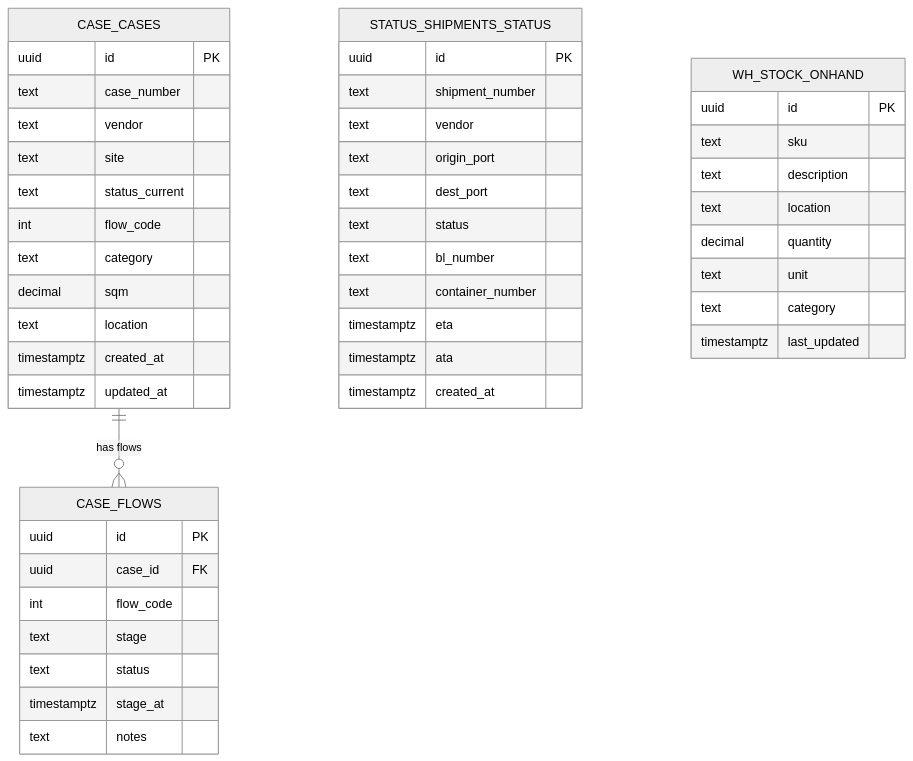
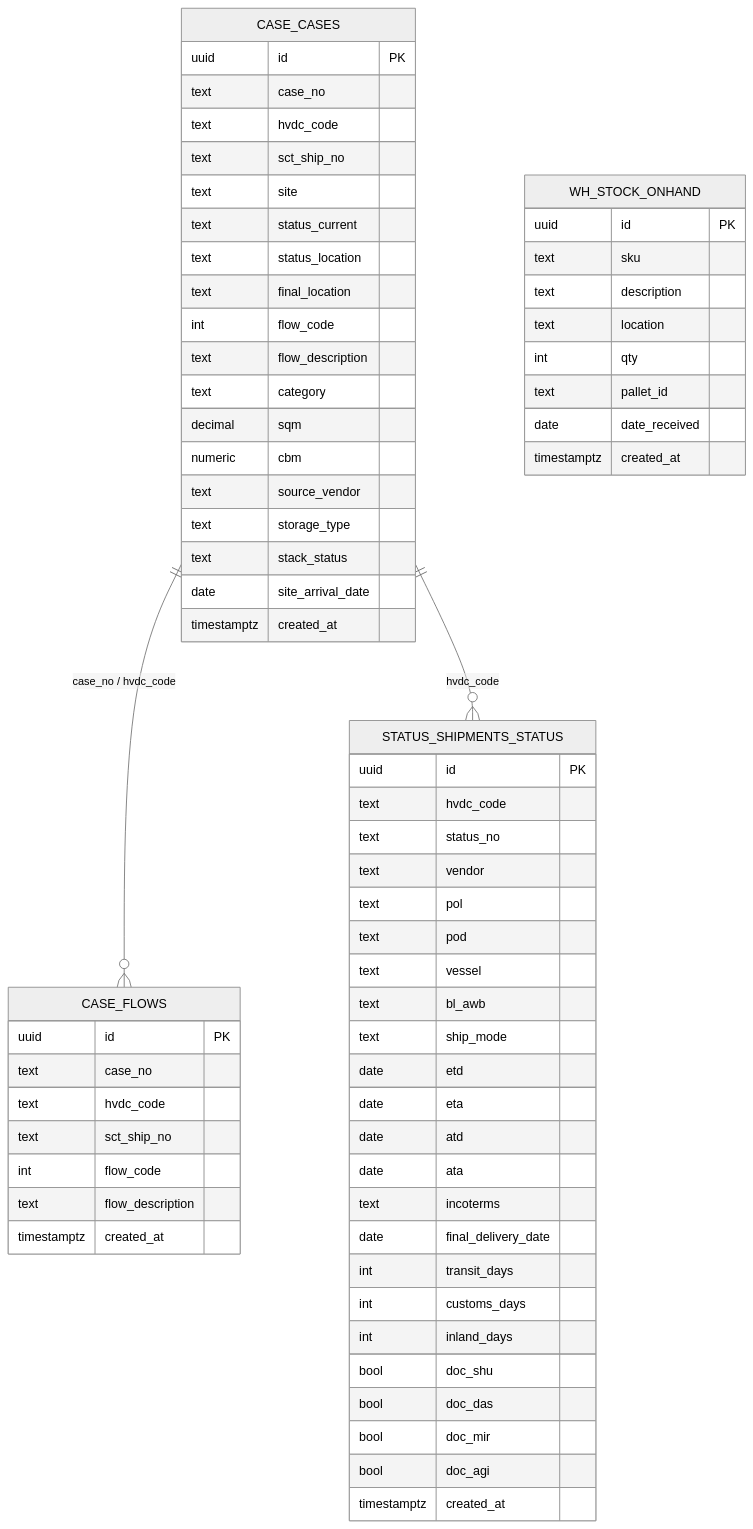
Before and after one commit to macho715/logi_hvdc_dash: diagram 14 of 19 in apps/logistics-dashboard/docs/SYSTEM-ARCHITECTURE.md, drawn with Mermaid (neutral theme). The commit also changed other lines of this file and 80 other files, not shown here.

````diff
--- a/apps/logistics-dashboard/docs/SYSTEM-ARCHITECTURE.md
+++ b/apps/logistics-dashboard/docs/SYSTEM-ARCHITECTURE.md
@@ -481,53 +577,73 @@
 ```mermaid
 erDiagram
     CASE_CASES {
         uuid id PK
-        text case_number
-        text vendor
+        text case_no
+        text hvdc_code
+        text sct_ship_no
         text site
         text status_current
+        text status_location
+        text final_location
         int flow_code
+        text flow_description
         text category
         decimal sqm
-        text location
+        numeric cbm
+        text source_vendor
+        text storage_type
+        text stack_status
+        date site_arrival_date
         timestamptz created_at
-        timestamptz updated_at
     }
 
     CASE_FLOWS {
         uuid id PK
-        uuid case_id FK
+        text case_no
+        text hvdc_code
+        text sct_ship_no
         int flow_code
-        text stage
-        text status
-        timestamptz stage_at
-        text notes
+        text flow_description
+        timestamptz created_at
     }
 
     STATUS_SHIPMENTS_STATUS {
         uuid id PK
-        text shipment_number
+        text hvdc_code
+        text status_no
         text vendor
-        text origin_port
-        text dest_port
-        text status
-        text bl_number
-        text container_number
-        timestamptz eta
-        timestamptz ata
+        text pol
+        text pod
+        text vessel
+        text bl_awb
+        text ship_mode
+        date etd
+        date eta
+        date atd
+        date ata
+        text incoterms
+        date final_delivery_date
+        int transit_days
+        int customs_days
+        int inland_days
+        bool doc_shu
+        bool doc_das
+        bool doc_mir
+        bool doc_agi
         timestamptz created_at
     }
 
     WH_STOCK_ONHAND {
         uuid id PK
         text sku
         text description
         text location
-        decimal quantity
-        text unit
-        text category
-        timestamptz last_updated
+        int qty
+        text pallet_id
+        date date_received
+        timestamptz created_at
     }
 
-    CASE_CASES ||--o{ CASE_FLOWS : "has flows"
+    CASE_CASES ||--o{ CASE_FLOWS : "case_no / hvdc_code"
+    CASE_CASES ||--o{ STATUS_SHIPMENTS_STATUS : "hvdc_code"
 ```
````
